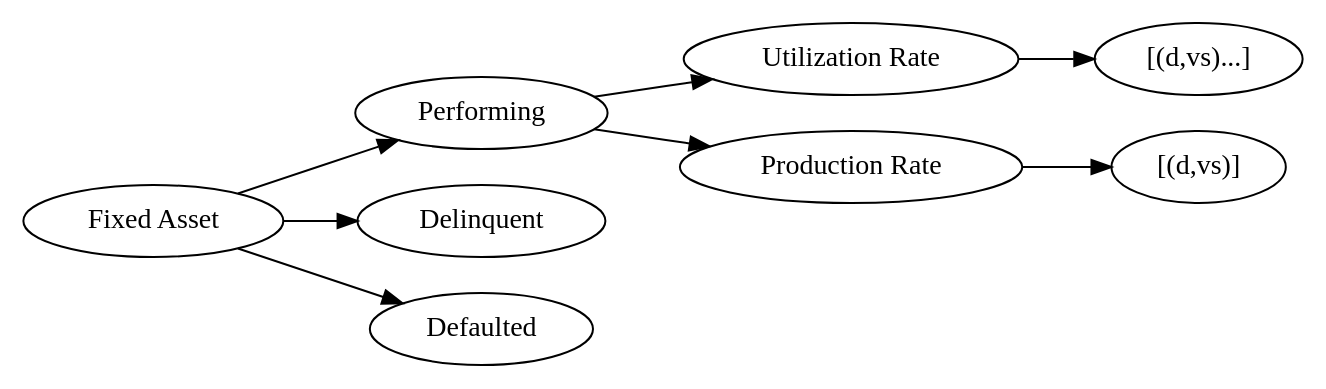
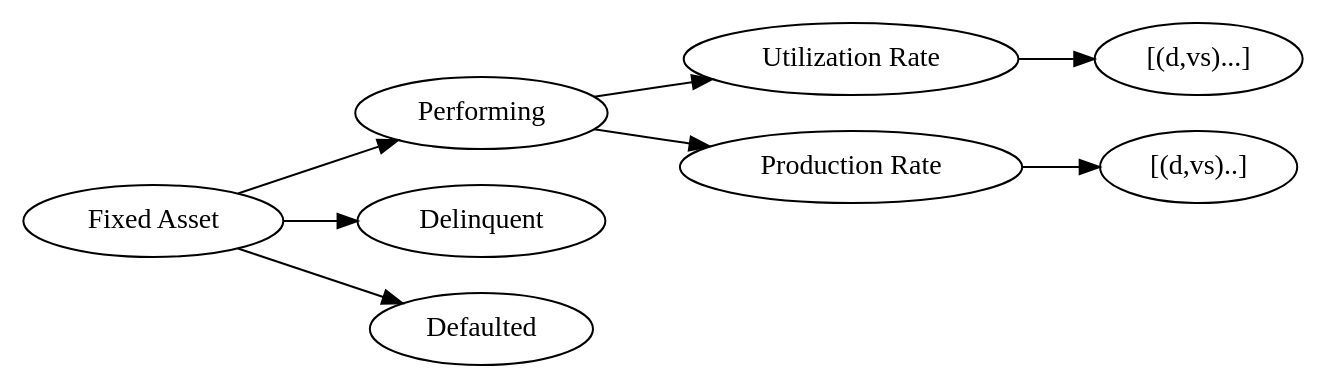
Before and after one commit to yellowbean/AbsBox: the seventh of 8 diagrams in docs/source/analytics.rst, drawn with Graphviz. The commit also changed other lines of this file and 4 other files, not shown here.

```diff
--- a/docs/source/analytics.rst
+++ b/docs/source/analytics.rst
@@ -415,16 +432,16 @@
 .. graphviz::
     :name: sphinx.ext.graphviz
     :caption: fixedAsset-assumption
     :alt: fixedAsset-assumption
     :align: center
     
     digraph {
         rankdir = LR
         "Fixed Asset" -> Performing
         "Fixed Asset" -> Delinquent
         "Fixed Asset" -> Defaulted
         Performing -> "Utilization Rate"
         Performing -> "Production Rate"
         "Utilization Rate" -> "[(d,vs)...]"
-        "Production Rate" -> "[(d,vs)]"
+        "Production Rate" -> "[(d,vs)..]"
     }
```
